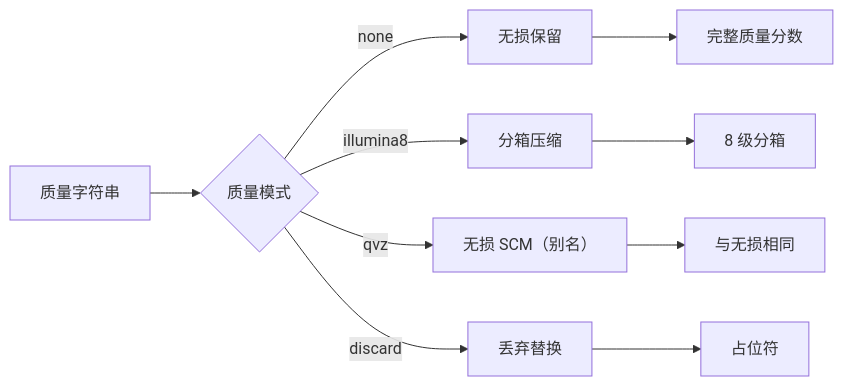
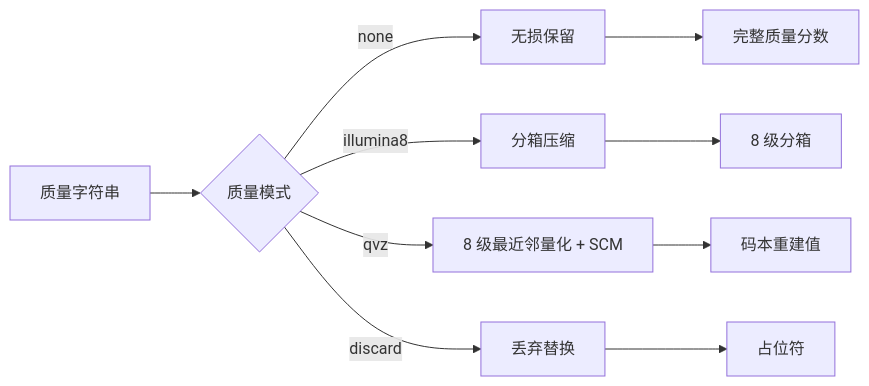
One commit to open-genomics/fq-compressor-rust changed the second of 4 diagrams in docs/algorithms/index.md. Above: the diagram before and after it, drawn with Mermaid. The commit also changed other lines of this file and 21 other files, not shown here.

````diff
--- a/docs/algorithms/index.md
+++ b/docs/algorithms/index.md
@@ -39,15 +39,15 @@
 ```mermaid
 flowchart LR
     A[质量字符串] --> B{质量模式}
     
     B -->|none| C[无损保留]
     B -->|illumina8| D[分箱压缩]
-    B -->|qvz| E[无损 SCM（别名）]
+    B -->|qvz| E[8 级最近邻量化 + SCM]
     B -->|discard| F[丢弃替换]
     
     C --> G[完整质量分数]
     D --> H[8 级分箱]
-    E --> I[与无损相同]
+    E --> I[码本重建值]
     F --> J[占位符]
     
 ```
````
